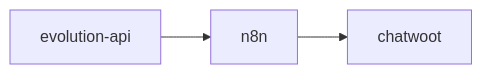
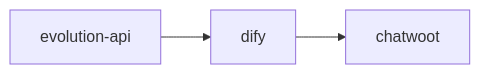
The diagram in human/playbooks/bot-de-whatsapp-con-ia.md (Cristrva1/BL_Alexandria), drawn with Mermaid before and after one commit. The commit also changed other lines of this file and 209 other files, not shown here.

````diff
--- a/human/playbooks/bot-de-whatsapp-con-ia.md
+++ b/human/playbooks/bot-de-whatsapp-con-ia.md
@@ -23,5 +23,5 @@
 ```mermaid
 flowchart LR
-  evolution_api["evolution-api"] --> n8n["n8n"]
-  n8n["n8n"] --> chatwoot["chatwoot"]
+  evolution_api["evolution-api"] --> dify["dify"]
+  dify["dify"] --> chatwoot["chatwoot"]
 ```
````
